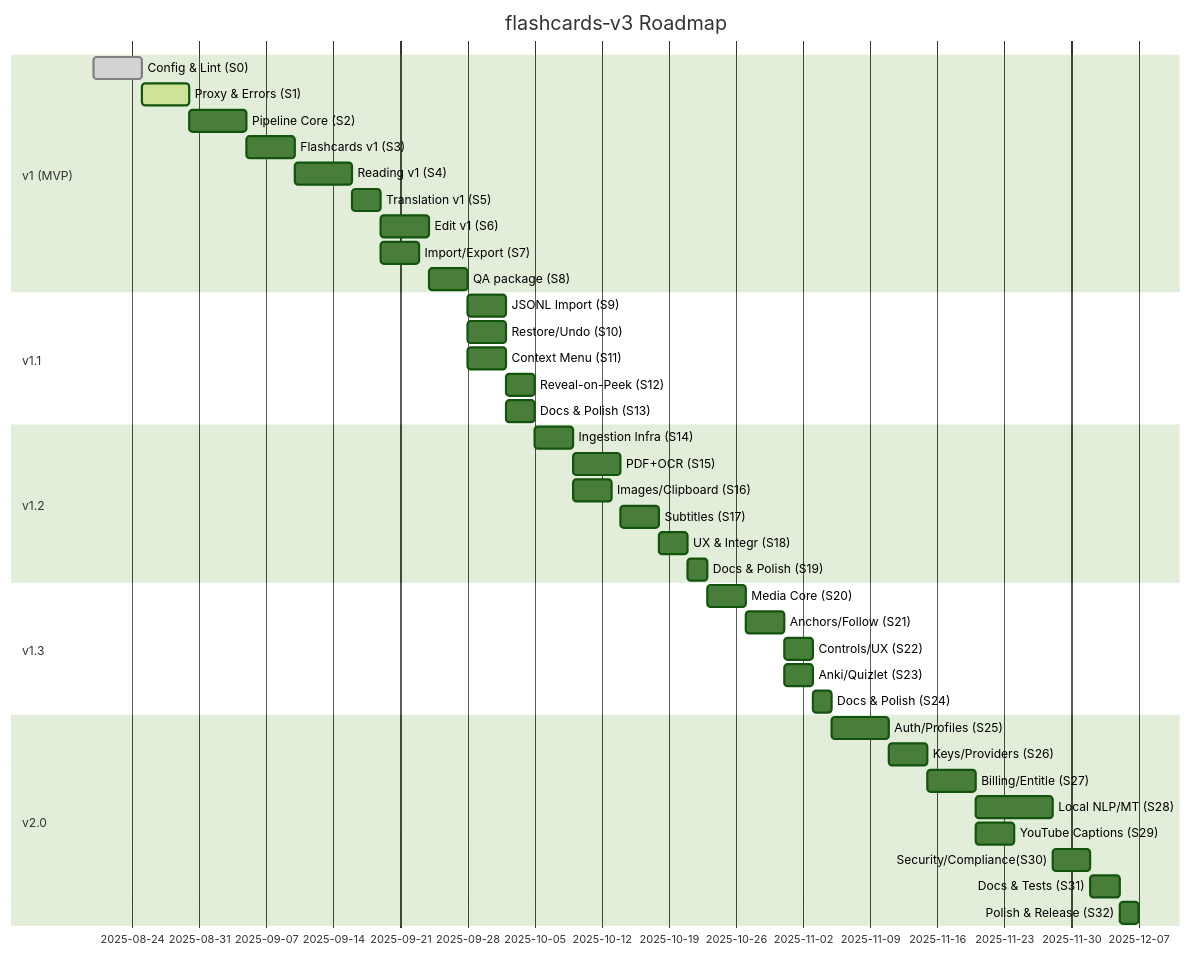
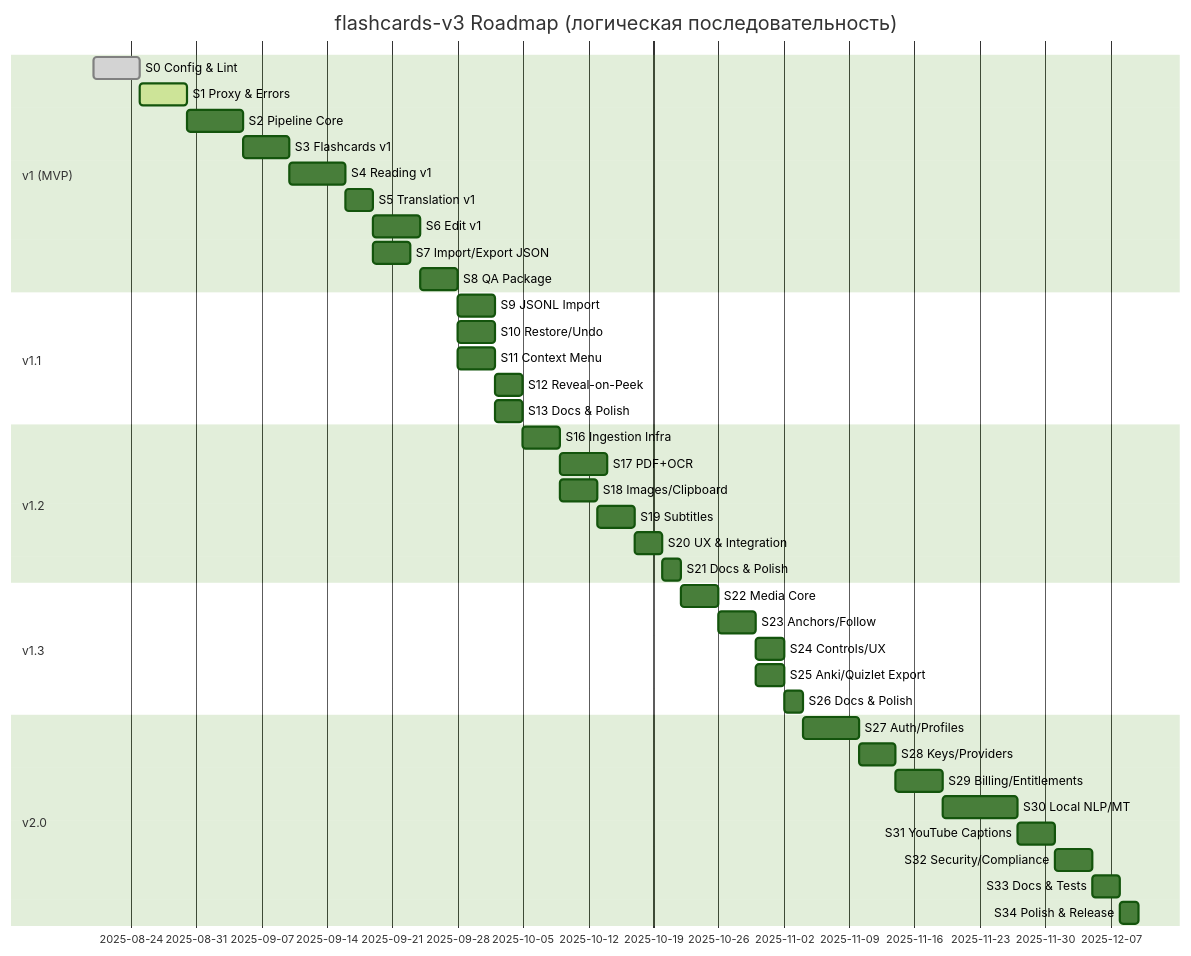
Before and after one commit to nn1k4/flashcards-v3: the diagram in doc/roadmap/roadmap.md, drawn with Mermaid (forest theme). The commit also changed other lines of this file, not shown here.

First line of the commit message:
Update and expand flashcards-v3 roadmap

````diff
--- a/doc/roadmap/roadmap.md
+++ b/doc/roadmap/roadmap.md
@@ -38,42 +50,43 @@
 ```mermaid
 gantt
-title flashcards‑v3 Roadmap
+title flashcards-v3 Roadmap (логическая последовательность)
+dateFormat  YYYY-MM-DD
 section v1 (MVP)
-Config & Lint (S0)      :done,  d1, 2025-08-20, 5d
-Proxy & Errors (S1)     :active, d2, after d1, 5d
-Pipeline Core (S2)      :        d3, after d2, 6d
-Flashcards v1 (S3)      :        d4, after d3, 5d
-Reading v1 (S4)         :        d5, after d4, 6d
-Translation v1 (S5)     :        d6, after d5, 3d
-Edit v1 (S6)            :        d7, after d6, 5d
-Import/Export (S7)      :        d8, after d6, 4d
-QA package (S8)         :        d9, after d7, 4d
+S0 Config & Lint           :done,   s0, 2025-08-20, 5d
+S1 Proxy & Errors          :active, s1, after s0, 5d
+S2 Pipeline Core           :        s2, after s1, 6d
+S3 Flashcards v1           :        s3, after s2, 5d
+S4 Reading v1              :        s4, after s3, 6d
+S5 Translation v1          :        s5, after s4, 3d
+S6 Edit v1                 :        s6, after s5, 5d
+S7 Import/Export JSON      :        s7, after s5, 4d
+S8 QA Package              :        s8, after s6, 4d
 section v1.1
-JSONL Import (S9)       :        d10, after d9, 4d
-Restore/Undo (S10)      :        d11, after d9, 4d
-Context Menu (S11)      :        d12, after d9, 4d
-Reveal-on-Peek (S12)    :        d13, after d11, 3d
-Docs & Polish (S13)     :        d14, after d10, 3d
+S9 JSONL Import            :        s9,  after s8, 4d
+S10 Restore/Undo           :        s10, after s8, 4d
+S11 Context Menu           :        s11, after s8, 4d
+S12 Reveal-on-Peek         :        s12, after s11, 3d
+S13 Docs & Polish          :        s13, after s9,  3d
 section v1.2
-Ingestion Infra (S14)   :        d15, after d14, 4d
-PDF+OCR (S15)           :        d16, after d15, 5d
-Images/Clipboard (S16)  :        d17, after d15, 4d
-Subtitles (S17)         :        d18, after d16, 4d
-UX & Integr (S18)       :        d19, after d18, 3d
-Docs & Polish (S19)     :        d20, after d19, 2d
+S16 Ingestion Infra        :        s16, after s13, 4d
+S17 PDF+OCR                :        s17, after s16, 5d
+S18 Images/Clipboard       :        s18, after s16, 4d
+S19 Subtitles              :        s19, after s18, 4d
+S20 UX & Integration       :        s20, after s19, 3d
+S21 Docs & Polish          :        s21, after s20, 2d
 section v1.3
-Media Core (S20)        :        d21, after d20, 4d
-Anchors/Follow (S21)    :        d22, after d21, 4d
-Controls/UX (S22)       :        d23, after d22, 3d
-Anki/Quizlet (S23)      :        d24, after d22, 3d
-Docs & Polish (S24)     :        d25, after d24, 2d
+S22 Media Core             :        s22, after s21, 4d
+S23 Anchors/Follow         :        s23, after s22, 4d
+S24 Controls/UX            :        s24, after s23, 3d
+S25 Anki/Quizlet Export    :        s25, after s23, 3d
+S26 Docs & Polish          :        s26, after s25, 2d
 section v2.0
-Auth/Profiles (S25)     :        d26, after d25, 6d
-Keys/Providers (S26)    :        d27, after d26, 4d
-Billing/Entitle (S27)   :        d28, after d27, 5d
-Local NLP/MT (S28)      :        d29, after d28, 8d
-YouTube Captions (S29)  :        d30, after d28, 4d
-Security/Compliance(S30):        d31, after d29, 4d
-Docs & Tests (S31)      :        d32, after d31, 3d
-Polish & Release (S32)  :        d33, after d32, 2d
+S27 Auth/Profiles          :        s27, after s26, 6d
+S28 Keys/Providers         :        s28, after s27, 4d
+S29 Billing/Entitlements   :        s29, after s28, 5d
+S30 Local NLP/MT           :        s30, after s29, 8d
+S31 YouTube Captions       :        s31, after s30, 4d
+S32 Security/Compliance    :        s32, after s31, 4d
+S33 Docs & Tests           :        s33, after s32, 3d
+S34 Polish & Release       :        s34, after s33, 2d
 ```
````
